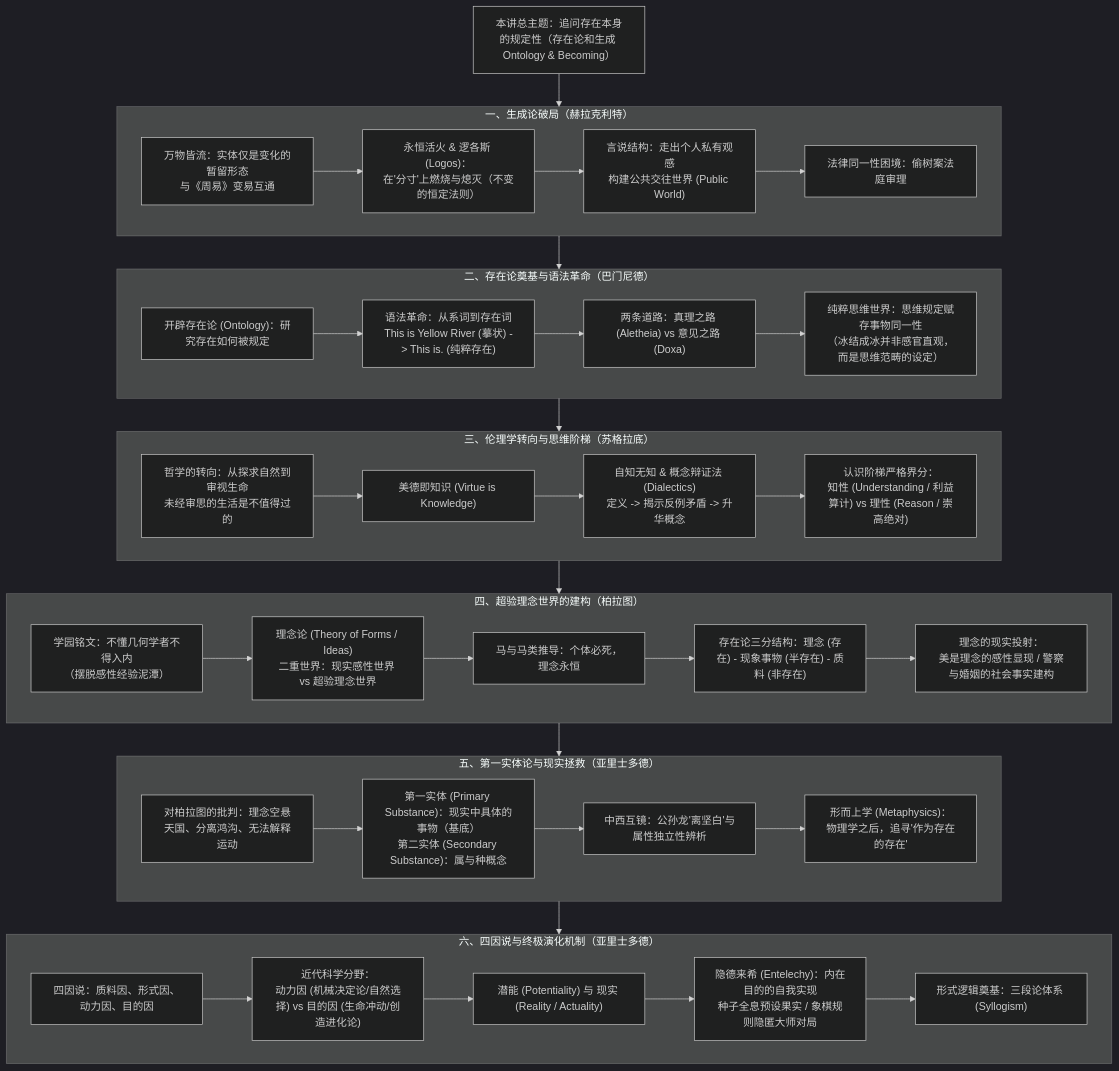
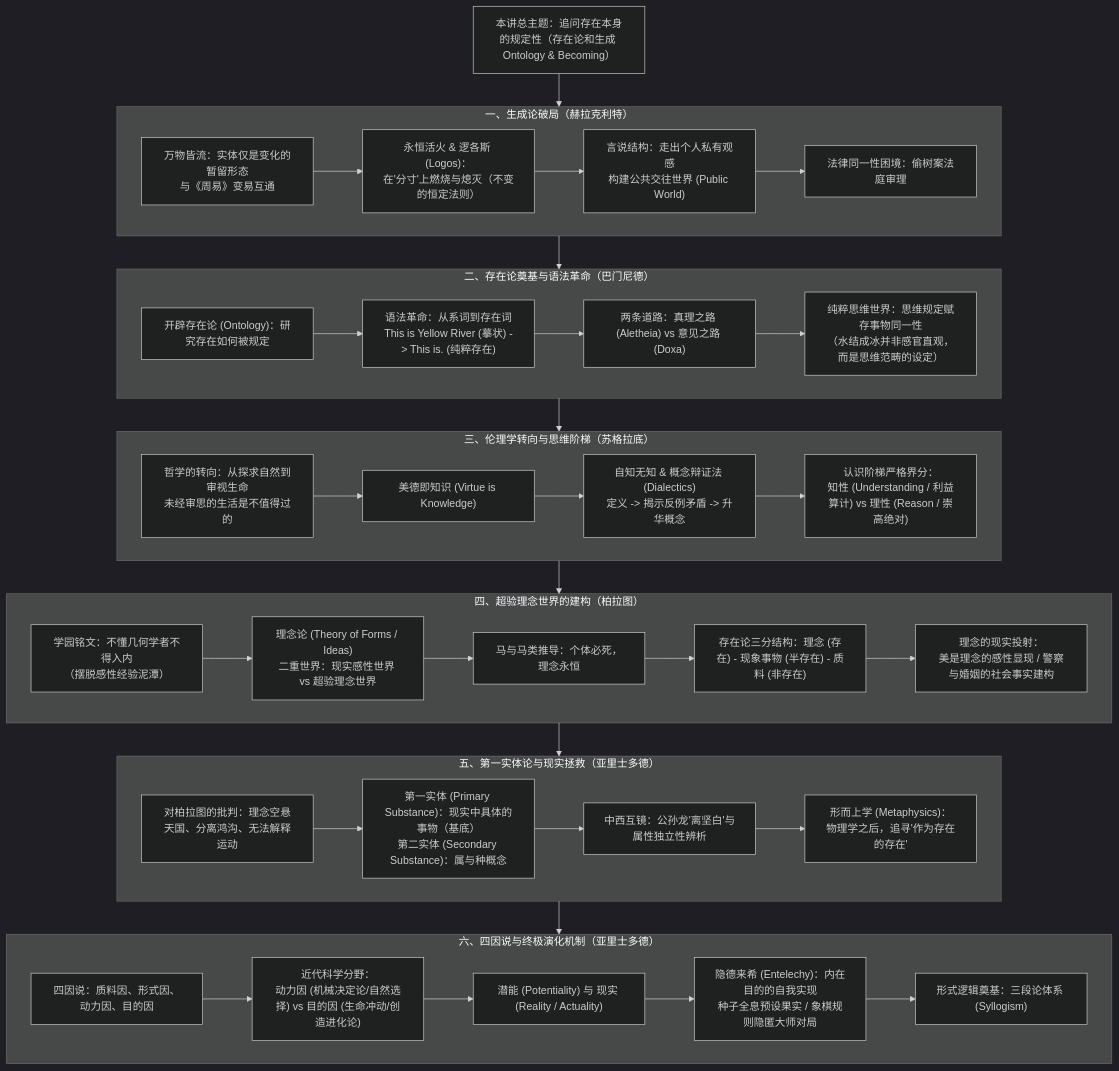
The diagram in 第二讲.md (SnoozeLee/The-intellectual-journey-of-Western-philosophy), drawn with Mermaid (dark theme) before and after one commit. The commit also changed 1 other file, not shown here.

Commit message:
fix: 修正 “冰结成冰” -> "水结成冰“

````diff
--- a/第二讲.md
+++ b/第二讲.md
@@ -22,61 +22,61 @@
 ```mermaid
 flowchart TD
     Origin["本讲总主题：追问存在本身的规定性（存在论和生成 Ontology & Becoming）"]
     
     subgraph S1["一、生成论破局（赫拉克利特）"]
         Becoming["万物皆流：实体仅是变化的暂留形态<br>与《周易》变易互通"]
         FireLogos["永恒活火 & 逻各斯 (Logos)：<br>在'分寸'上燃烧与熄灭（不变的恒定法则）"]
         PublicWorld["言说结构：走出个人私有观感<br>构建公共交往世界 (Public World)"]
         TreeCase["法律同一性困境：偷树案法庭审理"]
         Becoming --> FireLogos --> PublicWorld --> TreeCase
     end
 
     subgraph S2["二、存在论奠基与语法革命（巴门尼德）"]
         Parmenides["开辟存在论 (Ontology)：研究存在如何被规定"]
         CopulaExist["语法革命：从系词到存在词<br>This is Yellow River (摹状) -> This is. (纯粹存在)"]
         TwoWays["两条道路：真理之路 (Aletheia) vs 意见之路 (Doxa)"]
-        IceWater["纯粹思维世界：思维规定赋存事物同一性<br>（冰结成冰并非感官直观，而是思维范畴的设定）"]
+        IceWater["纯粹思维世界：思维规定赋存事物同一性<br>（水结成冰并非感官直观，而是思维范畴的设定）"]
         Parmenides --> CopulaExist --> TwoWays --> IceWater
     end
 
     subgraph S3["三、伦理学转向与思维阶梯（苏格拉底）"]
         Socrates["哲学的转向：从探求自然到审视生命<br>未经审思的生活是不值得过的"]
         Virtue["美德即知识 (Virtue is Knowledge)"]
         Dialectics["自知无知 & 概念辩证法 (Dialectics)<br>定义 -> 揭示反例矛盾 -> 升华概念"]
         ReasonVsUnder["认识阶梯严格界分：<br>知性 (Understanding / 利益算计) vs 理性 (Reason / 崇高绝对)"]
         Socrates --> Virtue --> Dialectics --> ReasonVsUnder
     end
 
     subgraph S4["四、超验理念世界的建构（柏拉图）"]
         Academy["学园铭文：不懂几何学者不得入内<br>（摆脱感性经验泥潭）"]
         Forms["理念论 (Theory of Forms / Ideas)<br>二重世界：现实感性世界 vs 超验理念世界"]
         Horse["马与马类推导：个体必死，理念永恒"]
         Triad["存在论三分结构：理念 (存在) - 现象事物 (半存在) - 质料 (非存在)"]
         SocialFacts["理念的现实投射：<br>美是理念的感性显现 / 警察与婚姻的社会事实建构"]
         Academy --> Forms --> Horse --> Triad --> SocialFacts
     end
 
     subgraph S5["五、第一实体论与现实拯救（亚里士多德）"]
         Critique["对柏拉图的批判：理念空悬天国、分离鸿沟、无法解释运动"]
         Substance["第一实体 (Primary Substance)：现实中具体的事物（基底）<br>第二实体 (Secondary Substance)：属与种概念"]
         Gongsun["中西互镜：公孙龙'离坚白'与属性独立性辨析"]
         Meta["形而上学 (Metaphysics)：物理学之后，追寻'作为存在的存在'"]
         Critique --> Substance --> Gongsun --> Meta
     end
 
     subgraph S6["六、四因说与终极演化机制（亚里士多德）"]
         FourCauses["四因说：质料因、形式因、动力因、目的因"]
         EvoSplit["近代科学分野：<br>动力因 (机械决定论/自然选择) vs 目的因 (生命冲动/创造进化论)"]
         Potential["潜能 (Potentiality) 与 现实 (Reality / Actuality)"]
         Entelechy["隐德来希 (Entelechy)：内在目的的自我实现<br>种子全息预设果实 / 象棋规则隐匿大师对局"]
         Logic["形式逻辑奠基：三段论体系 (Syllogism)"]
         FourCauses --> EvoSplit --> Potential --> Entelechy --> Logic
     end
 
     Origin --> S1
     S1 --> S2
     S2 --> S3
     S3 --> S4
     S4 --> S5
     S5 --> S6
 ```
````
